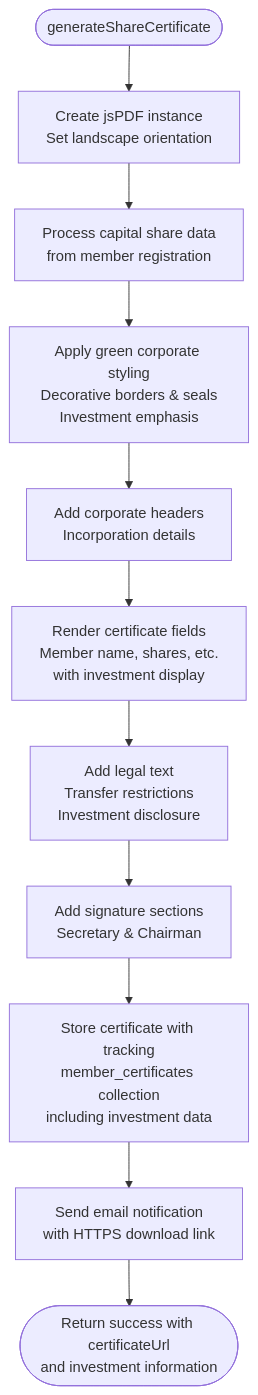
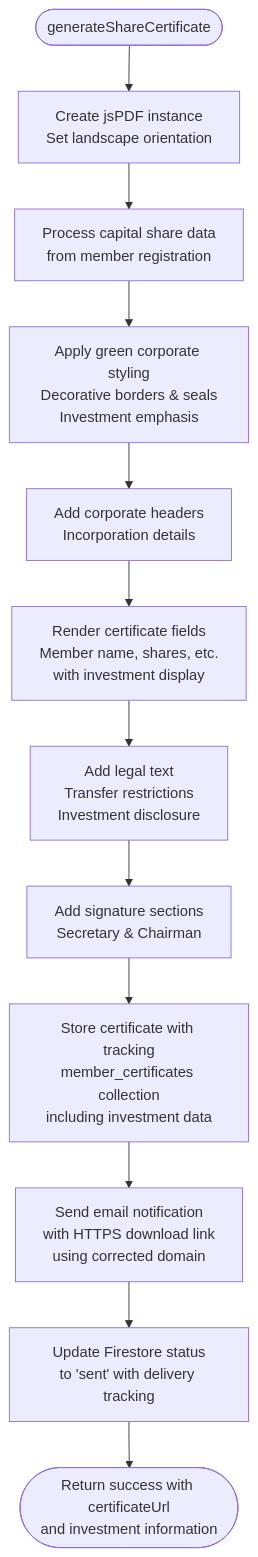
The fourth of 7 diagrams in .qoder/repowiki/en/content/Email & Notification System/Certificate Generation System.md (Unsure-bry/sampacoop_system), drawn with Mermaid before and after one commit. The commit also changed other lines of this file and 3 other files, not shown here.

````diff
--- a/.qoder/repowiki/en/content/Email & Notification System/Certificate Generation System.md
+++ b/.qoder/repowiki/en/content/Email & Notification System/Certificate Generation System.md
@@ -297,13 +326,14 @@
 ```mermaid
 flowchart TD
 Start(["generateShareCertificate"]) --> Init["Create jsPDF instance<br/>Set landscape orientation"]
 Init --> CapitalShare["Process capital share data<br/>from member registration"]
 CapitalShare --> Style["Apply green corporate styling<br/>Decorative borders & seals<br/>Investment emphasis"]
 Style --> Header["Add corporate headers<br/>Incorporation details"]
 Header --> Fields["Render certificate fields<br/>Member name, shares, etc.<br/>with investment display"]
 Fields --> Legal["Add legal text<br/>Transfer restrictions<br/>Investment disclosure"]
 Legal --> Sign["Add signature sections<br/>Secretary & Chairman"]
 Sign --> Store["Store certificate with tracking<br/>member_certificates collection<br/>including investment data"]
-Store --> Email["Send email notification<br/>with HTTPS download link"]
-Email --> Return(["Return success with certificateUrl<br/>and investment information"])
+Store --> Email["Send email notification<br/>with HTTPS download link<br/>using corrected domain"]
+Email --> Status["Update Firestore status<br/>to 'sent' with delivery tracking"]
+Status --> Return(["Return success with certificateUrl<br/>and investment information"])
 ```
````
